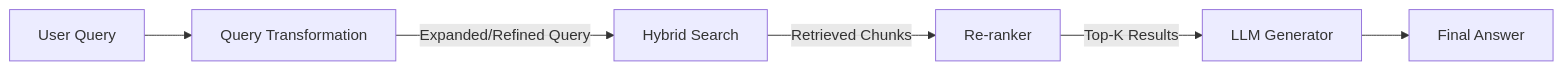
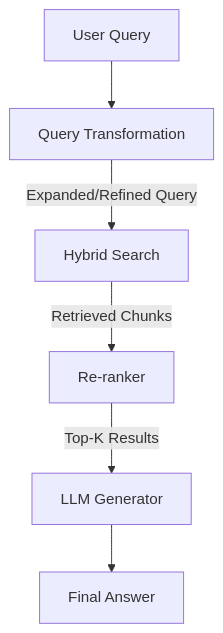
The diagram in content/01 - ML & AI Concepts/LLMs & Generative AI/RAG/Query Transformations.md (aayushdw/ML-Notes), drawn with Mermaid before and after one commit. The commit also changed other lines of this file and 50 other files, not shown here.

````diff
--- a/content/01 - ML & AI Concepts/LLMs & Generative AI/RAG/Query Transformations.md
+++ b/content/01 - ML & AI Concepts/LLMs & Generative AI/RAG/Query Transformations.md
@@ -466,8 +228,8 @@
 ```mermaid
-graph LR
+graph TD
     User["User Query"] --> Transform["Query Transformation"]
     Transform --> |Expanded/Refined Query| Hybrid["Hybrid Search"]
     Hybrid --> |Retrieved Chunks| Rerank["Re-ranker"]
     Rerank --> |Top-K Results| LLM["LLM Generator"]
     LLM --> Answer["Final Answer"]
 ```
````
